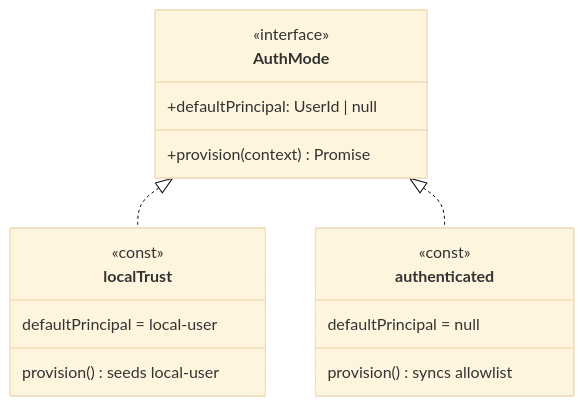
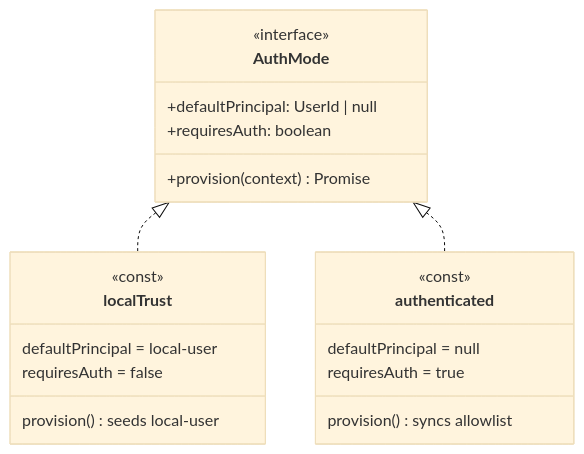
The diagram in packages/server/README.md (mroops0111/braid), drawn with Mermaid (base theme) before and after one commit. The commit also changed other lines of this file and 6 other files, not shown here.

````diff
--- a/packages/server/README.md
+++ b/packages/server/README.md
@@ -82,20 +82,23 @@
 ```mermaid
 classDiagram
     class AuthMode {
         <<interface>>
         +defaultPrincipal: UserId | null
+        +requiresAuth: boolean
         +provision(context) Promise
     }
     class localTrust {
         <<const>>
         defaultPrincipal = local-user
+        requiresAuth = false
         provision() seeds local-user
     }
     class authenticated {
         <<const>>
         defaultPrincipal = null
+        requiresAuth = true
         provision() syncs allowlist
     }
     AuthMode <|.. localTrust
     AuthMode <|.. authenticated
 ```
````
